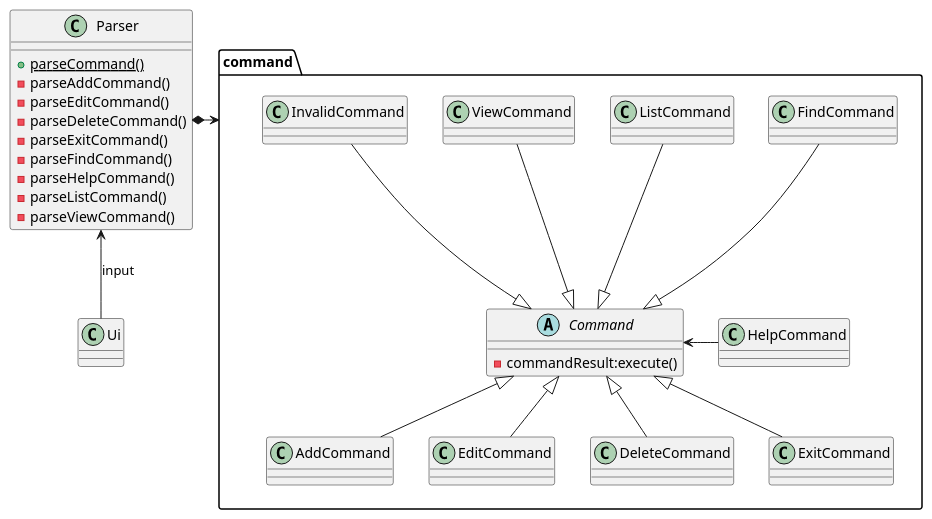
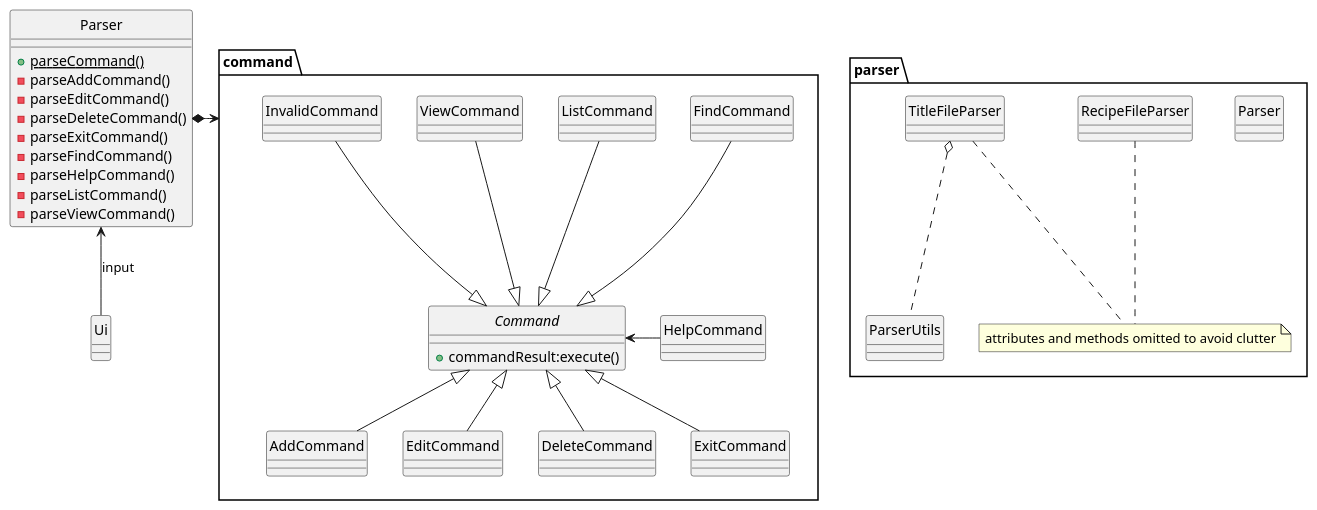
The diagram in docs/diagrams/Parser.puml (nus-cs2113-AY2223S1/tp), drawn with PlantUML before and after one commit. The commit also changed 22 other files, not shown here.

```diff
--- a/docs/diagrams/Parser.puml
+++ b/docs/diagrams/Parser.puml
@@ -1,41 +1,62 @@
 @startuml
+skinparam Style strictuml
 
-Class Parser {
+
+package parser as pkg{
+class Parser
+class ParserUtils
+class RecipeFileParser
+class TitleFileParser
+note "attributes and methods omitted to avoid clutter" as N1
+}
+
+TitleFileParser o.- ParserUtils
+
+
+
+TitleFileParser .- N1
+RecipeFileParser .- N1
+
+
+class Parser{
     +{static}parseCommand()
     -parseAddCommand()
     -parseEditCommand()
     -parseDeleteCommand()
     -parseExitCommand()
     -parseFindCommand()
     -parseHelpCommand()
     -parseListCommand()
     -parseViewCommand()
 }
+
+
+
 package command {
 Abstract Command {
-    -commandResult:execute()
+    +commandResult:execute()
 }
 Class AddCommand
 Class EditCommand
 Class DeleteCommand
 Class ExitCommand
 Class FindCommand
 Class HelpCommand
 Class ListCommand
 Class ViewCommand
 Class InvalidCommand
 }
 Parser *-right-> command
 AddCommand -up-|> Command
 EditCommand -up-|> Command
 DeleteCommand -up-|> Command
 ExitCommand -up-|> Command
 FindCommand -down-|> Command
 HelpCommand -l-> Command
 ListCommand -down-|> Command
 ViewCommand -down-|> Command
 InvalidCommand -down-|> Command
 
 Ui -u-> Parser: input
 
 @enduml
```
